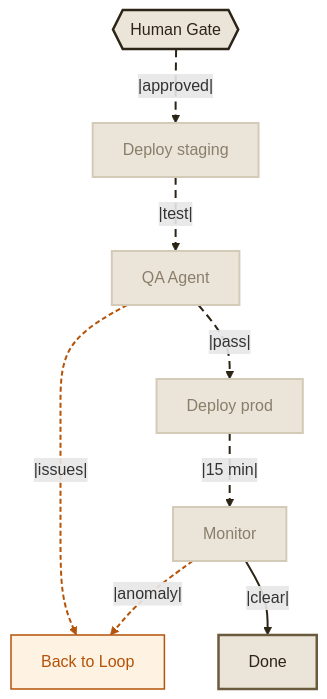
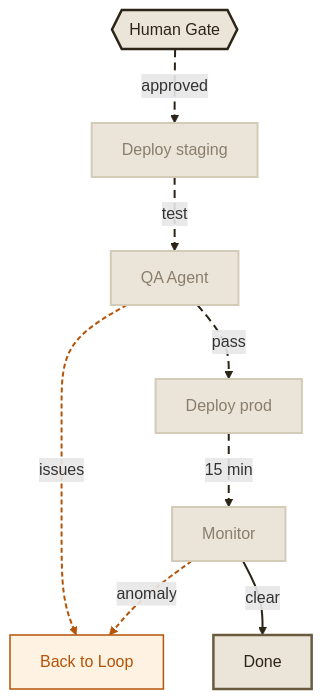
Before and after one commit to dunkinfrunkin/maestro: the fifth of 5 diagrams in docs/docs/concepts/index.mdx, drawn with Mermaid. The commit also changed other lines of this file, not shown here.

Commit message:
fix: remove pipe delimiters from mermaid edge labels

````diff
--- a/docs/docs/concepts/index.mdx
+++ b/docs/docs/concepts/index.mdx
@@ -137,26 +137,26 @@
 ```mermaid
 graph TB
-  HG{{"Human Gate"}} -- |approved| --> DA["Deploy staging"]
-  DA -- |test| --> QA["QA Agent"]
-  QA -- |issues| --> BACK["Back to Loop"]
-  QA -- |pass| --> DA2["Deploy prod"]
-  DA2 -- |15 min| --> MA["Monitor"]
-  MA -- |anomaly| --> BACK
-  MA -- |clear| --> DONE["Done"]
+  HG{{"Human Gate"}} --approved--> DA["Deploy staging"]
+  DA --test--> QA["QA Agent"]
+  QA --issues--> BACK["Back to Loop"]
+  QA --pass--> DA2["Deploy prod"]
+  DA2 --15 min--> MA["Monitor"]
+  MA --anomaly--> BACK
+  MA --clear--> DONE["Done"]
 
   style HG fill:#ebe5d9,stroke:#2c2416,stroke-width:2.5px,color:#2c2416
   style DA fill:#ebe5d9,stroke:#d4cab8,stroke-width:2px,color:#8a7e6b
   style QA fill:#ebe5d9,stroke:#d4cab8,stroke-width:2px,color:#8a7e6b
   style DA2 fill:#ebe5d9,stroke:#d4cab8,stroke-width:2px,color:#8a7e6b
   style MA fill:#ebe5d9,stroke:#d4cab8,stroke-width:2px,color:#8a7e6b
   style BACK fill:#fef3e2,stroke:#b45309,stroke-width:1.5px,color:#b45309
   style DONE fill:#ebe5d9,stroke:#6b5b3e,stroke-width:2.5px,color:#2c2416
 
   linkStyle 0 stroke:#2c2416,stroke-width:2px,stroke-dasharray:8 5
   linkStyle 1 stroke:#2c2416,stroke-width:2px,stroke-dasharray:8 5
   linkStyle 2 stroke:#b45309,stroke-width:2px,stroke-dasharray:5 3
   linkStyle 3 stroke:#2c2416,stroke-width:2px,stroke-dasharray:8 5
   linkStyle 4 stroke:#2c2416,stroke-width:2px,stroke-dasharray:8 5
   linkStyle 5 stroke:#b45309,stroke-width:2px,stroke-dasharray:5 3
   linkStyle 6 stroke:#2c2416,stroke-width:2px
 ```
````
